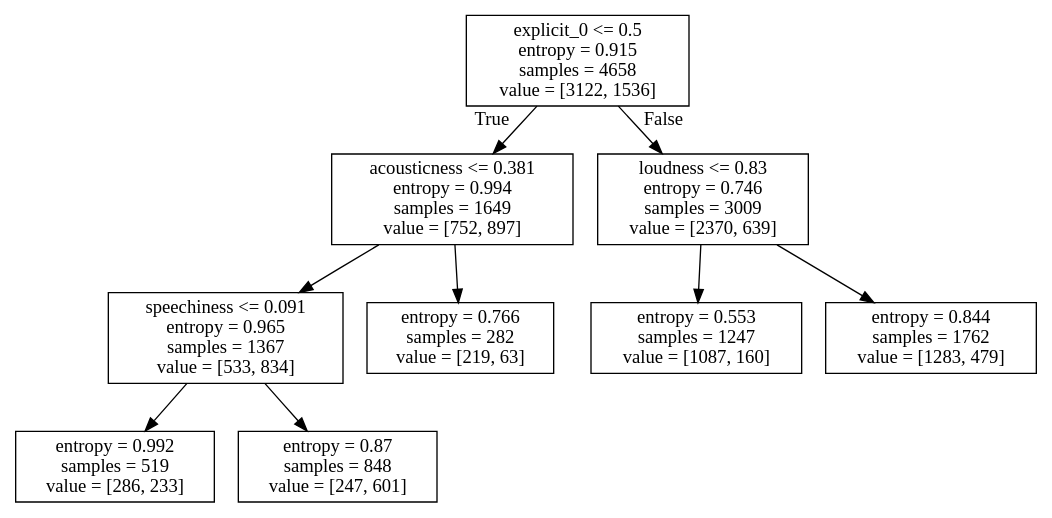
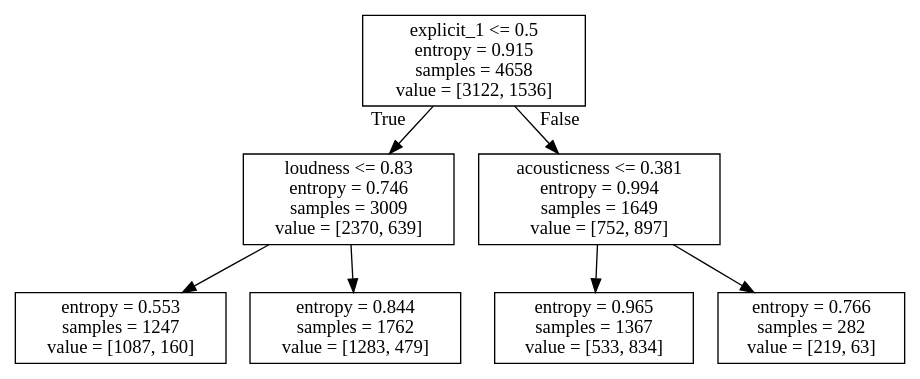
The diagram in rnb_DT.dot (CrystalCo/audio_features_popularity_classifiers), drawn with Graphviz before and after one commit. The commit also changed 49 other files, not shown here.

```diff
--- a/rnb_DT.dot
+++ b/rnb_DT.dot
@@ -1,20 +1,16 @@
 digraph Tree {
 node [shape=box] ;
-0 [label="explicit_0 <= 0.5\nentropy = 0.915\nsamples = 4658\nvalue = [3122, 1536]"] ;
-1 [label="acousticness <= 0.381\nentropy = 0.994\nsamples = 1649\nvalue = [752, 897]"] ;
+0 [label="explicit_1 <= 0.5\nentropy = 0.915\nsamples = 4658\nvalue = [3122, 1536]"] ;
+1 [label="loudness <= 0.83\nentropy = 0.746\nsamples = 3009\nvalue = [2370, 639]"] ;
 0 -> 1 [labeldistance=2.5, labelangle=45, headlabel="True"] ;
-2 [label="speechiness <= 0.091\nentropy = 0.965\nsamples = 1367\nvalue = [533, 834]"] ;
+2 [label="entropy = 0.553\nsamples = 1247\nvalue = [1087, 160]"] ;
 1 -> 2 ;
-3 [label="entropy = 0.992\nsamples = 519\nvalue = [286, 233]"] ;
-2 -> 3 ;
-4 [label="entropy = 0.87\nsamples = 848\nvalue = [247, 601]"] ;
-2 -> 4 ;
-5 [label="entropy = 0.766\nsamples = 282\nvalue = [219, 63]"] ;
-1 -> 5 ;
-6 [label="loudness <= 0.83\nentropy = 0.746\nsamples = 3009\nvalue = [2370, 639]"] ;
-0 -> 6 [labeldistance=2.5, labelangle=-45, headlabel="False"] ;
-7 [label="entropy = 0.553\nsamples = 1247\nvalue = [1087, 160]"] ;
-6 -> 7 ;
-8 [label="entropy = 0.844\nsamples = 1762\nvalue = [1283, 479]"] ;
-6 -> 8 ;
+3 [label="entropy = 0.844\nsamples = 1762\nvalue = [1283, 479]"] ;
+1 -> 3 ;
+4 [label="acousticness <= 0.381\nentropy = 0.994\nsamples = 1649\nvalue = [752, 897]"] ;
+0 -> 4 [labeldistance=2.5, labelangle=-45, headlabel="False"] ;
+5 [label="entropy = 0.965\nsamples = 1367\nvalue = [533, 834]"] ;
+4 -> 5 ;
+6 [label="entropy = 0.766\nsamples = 282\nvalue = [219, 63]"] ;
+4 -> 6 ;
 }
```
